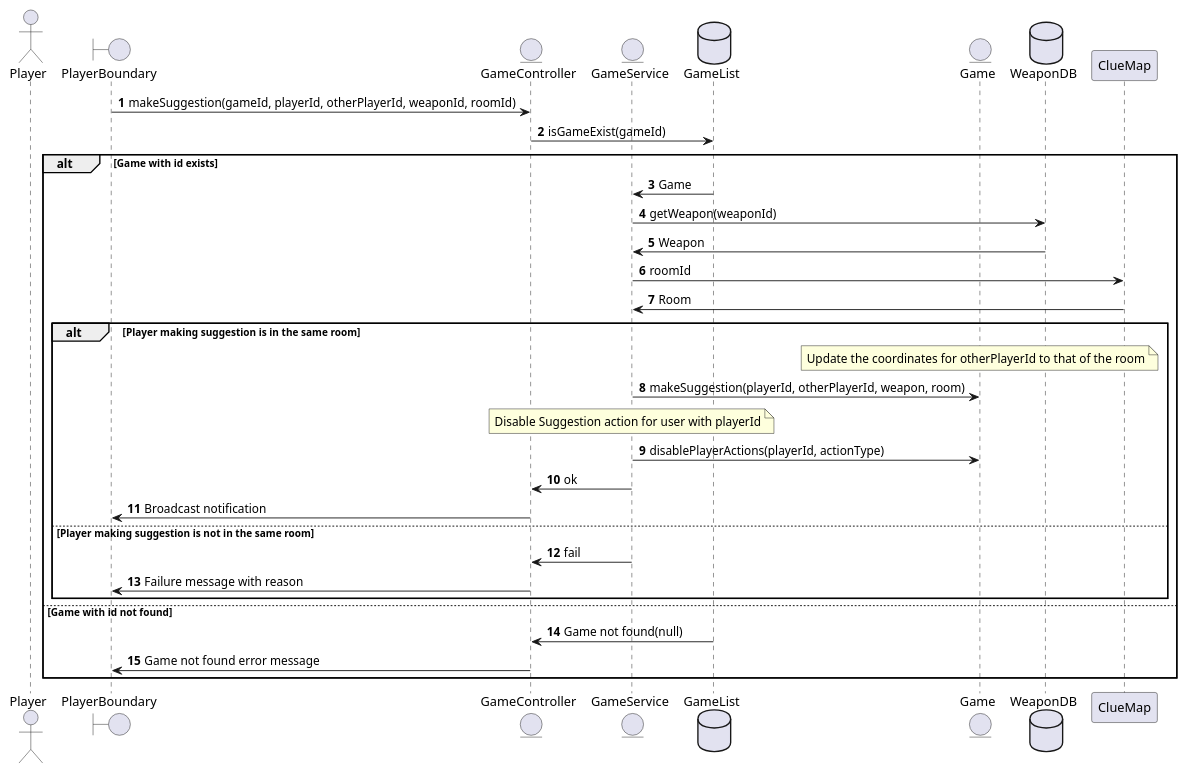
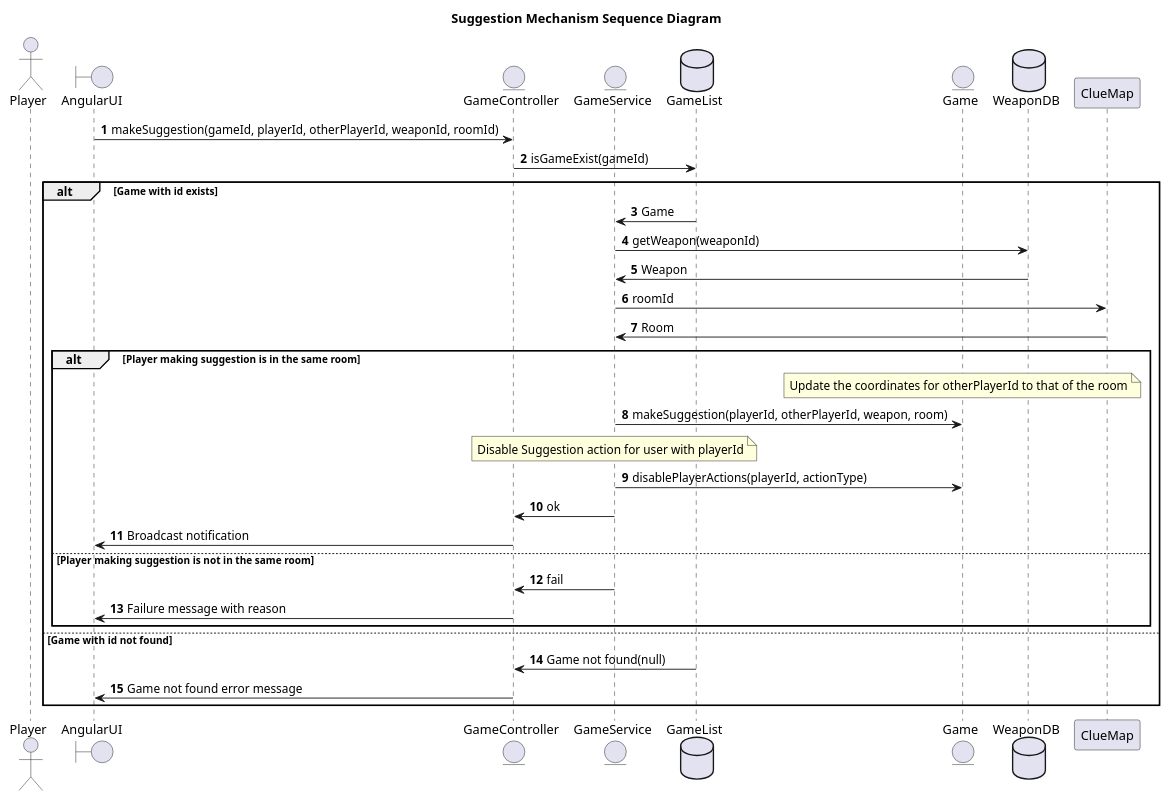
The diagram in clue-less-backend/suggestion.puml (gurmsc5/Clue-Less), drawn with PlantUML before and after one commit. The commit also changed 6 other files, not shown here.

Commit message:
Added titles for all UML seq diagrams

```diff
--- a/clue-less-backend/suggestion.puml
+++ b/clue-less-backend/suggestion.puml
@@ -1,37 +1,39 @@
 @startuml
 'https://plantuml.com/sequence-diagram
 
+title Suggestion Mechanism Sequence Diagram
+
 autonumber
 actor Player
-boundary PlayerBoundary
+boundary AngularUI
 entity GameController
 entity GameService
 database GameList
-PlayerBoundary -> GameController: makeSuggestion(gameId, playerId, otherPlayerId, weaponId, roomId)
+AngularUI -> GameController: makeSuggestion(gameId, playerId, otherPlayerId, weaponId, roomId)
 GameController -> GameList: isGameExist(gameId)
 entity Game
 database WeaponDB
 
 alt Game with id exists
     GameList -> GameService: Game
     GameService -> WeaponDB: getWeapon(weaponId)
     WeaponDB -> GameService: Weapon
     GameService -> ClueMap: roomId
     ClueMap -> GameService: Room
     alt Player making suggestion is in the same room
         note over Game: Update the coordinates for otherPlayerId to that of the room
         GameService -> Game: makeSuggestion(playerId, otherPlayerId, weapon, room)
         note over GameService: Disable Suggestion action for user with playerId
         GameService -> Game: disablePlayerActions(playerId, actionType)
         GameService -> GameController: ok
-        GameController -> PlayerBoundary: Broadcast notification
+        GameController -> AngularUI: Broadcast notification
     else Player making suggestion is not in the same room
         GameService -> GameController: fail
-        GameController -> PlayerBoundary: Failure message with reason
+        GameController -> AngularUI: Failure message with reason
     end
 
 else Game with id not found
     GameList -> GameController: Game not found(null)
-    GameController -> PlayerBoundary: Game not found error message
+    GameController -> AngularUI: Game not found error message
 end
 @enduml
```
